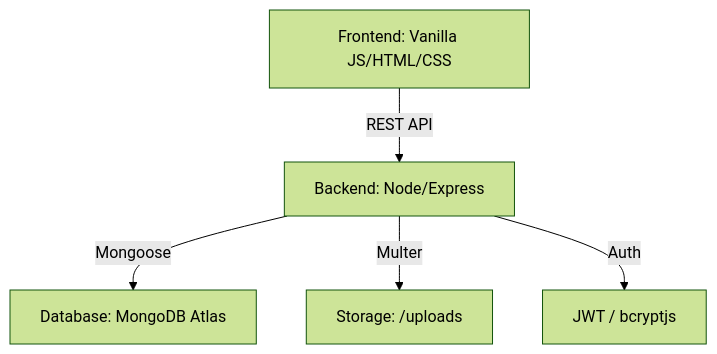
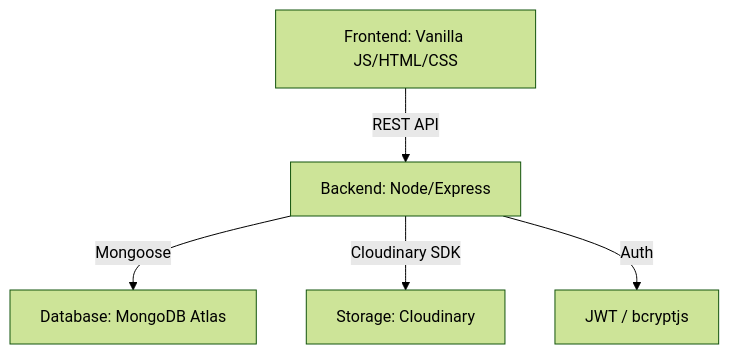
The diagram in README.md (uziii-stack/my-blog-backend), drawn with Mermaid (forest theme) before and after one commit. The commit also changed other lines of this file and 6 other files, not shown here.

````diff
--- a/README.md
+++ b/README.md
@@ -48,7 +48,7 @@
 ```mermaid
 graph TD
     A[Frontend: Vanilla JS/HTML/CSS] -->|REST API| B[Backend: Node/Express]
     B -->|Mongoose| C[Database: MongoDB Atlas]
-    B -->|Multer| D[Storage: /uploads]
+    B -->|Cloudinary SDK| D[Storage: Cloudinary]
     B -->|Auth| E[JWT / bcryptjs]
 ```
````
